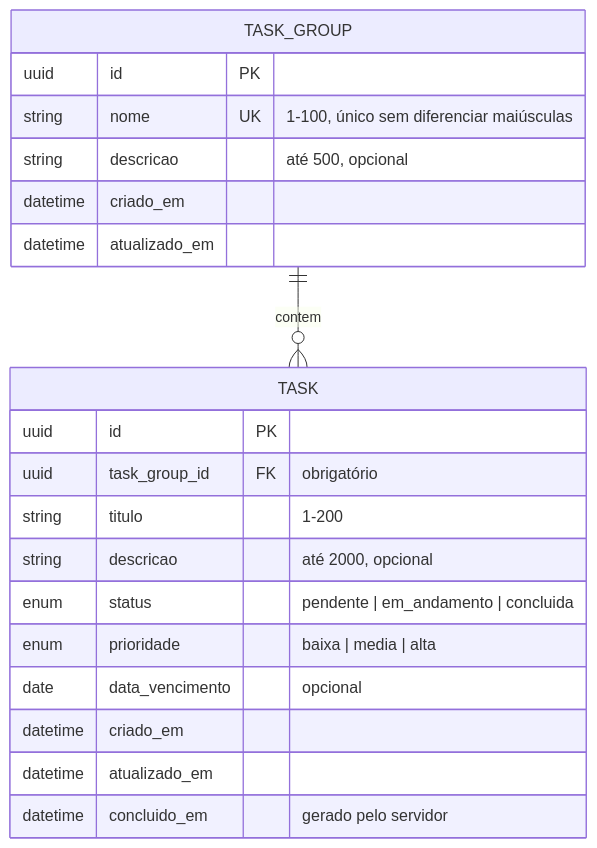
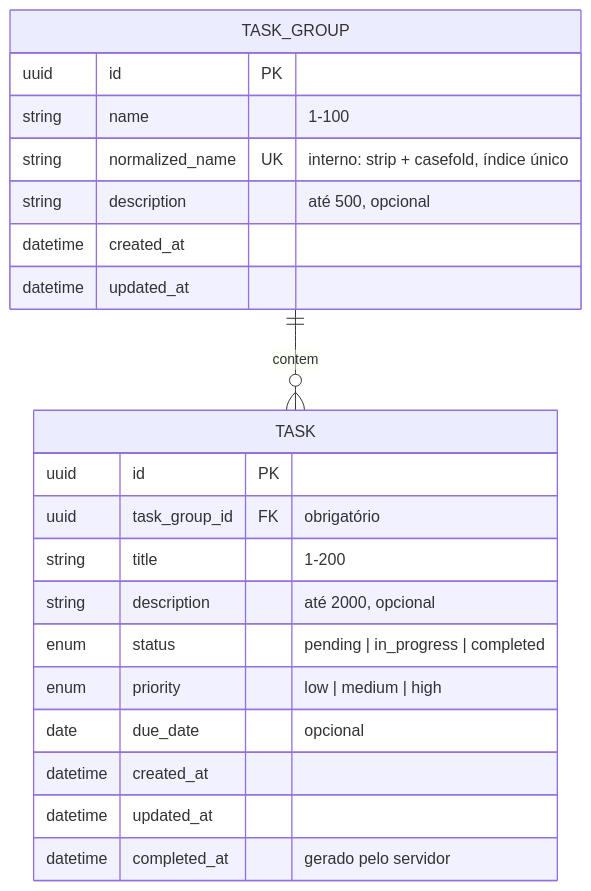
Before and after one commit to leandrobecker-home/TasksAPI: the third of 6 diagrams in docs/04-mermaid.md, drawn with Mermaid. The commit also changed other lines of this file and 3 other files, not shown here.

````diff
--- a/docs/04-mermaid.md
+++ b/docs/04-mermaid.md
@@ -81,25 +80,26 @@
 ```mermaid
 erDiagram
     TASK_GROUP ||--o{ TASK : contem
 
     TASK_GROUP {
         uuid id PK
-        string nome UK "1-100, único sem diferenciar maiúsculas"
-        string descricao "até 500, opcional"
-        datetime criado_em
-        datetime atualizado_em
+        string name "1-100"
+        string normalized_name UK "interno: strip + casefold, índice único"
+        string description "até 500, opcional"
+        datetime created_at
+        datetime updated_at
     }
 
     TASK {
         uuid id PK
         uuid task_group_id FK "obrigatório"
-        string titulo "1-200"
-        string descricao "até 2000, opcional"
-        enum status "pendente | em_andamento | concluida"
-        enum prioridade "baixa | media | alta"
-        date data_vencimento "opcional"
-        datetime criado_em
-        datetime atualizado_em
-        datetime concluido_em "gerado pelo servidor"
+        string title "1-200"
+        string description "até 2000, opcional"
+        enum status "pending | in_progress | completed"
+        enum priority "low | medium | high"
+        date due_date "opcional"
+        datetime created_at
+        datetime updated_at
+        datetime completed_at "gerado pelo servidor"
     }
 ```
````
